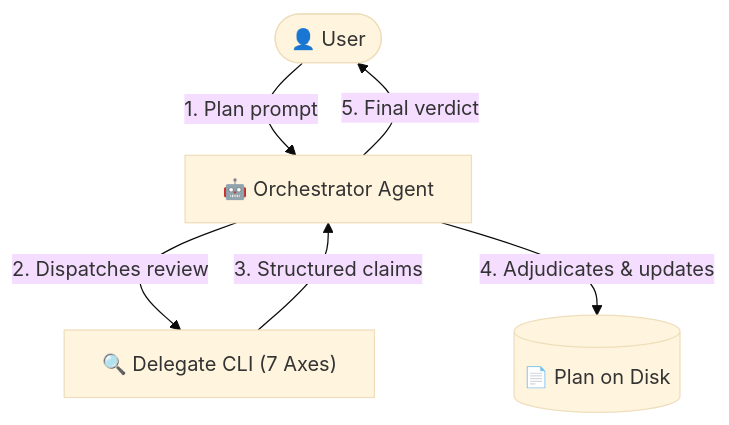
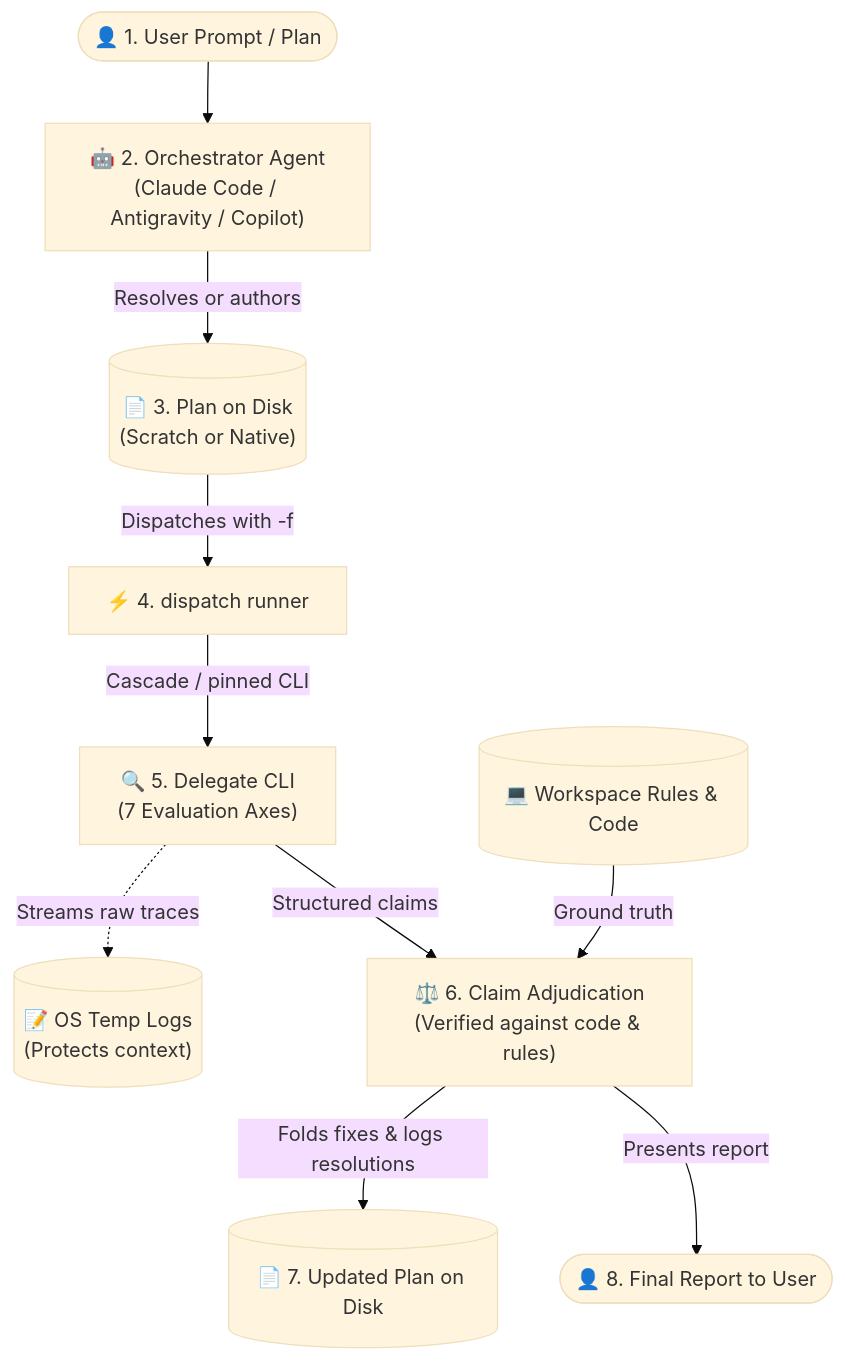
The diagram in skills/dispatch-plan-review/README.md (Gyunikuchan/dispatch-skills), drawn with Mermaid (base theme) before and after one commit. The commit also changed other lines of this file, not shown here.

Commit message:
docs(dispatch-plan-review): rewrite README for human consumption and alignment with dispatch manual

````diff
--- a/skills/dispatch-plan-review/README.md
+++ b/skills/dispatch-plan-review/README.md
@@ -16,8 +16,16 @@
 ```mermaid
 flowchart TD
-    User(["👤 User"]) -->|"1. Plan prompt"| Orchestrator["🤖 Orchestrator Agent"]
-    Orchestrator -->|"2. Dispatches review"| Delegate["🔍 Delegate CLI (7 Axes)"]
-    Delegate -->|"3. Structured claims"| Orchestrator
-    Orchestrator -->|"4. Adjudicates & updates"| Plan[("📄 Plan on Disk")]
-    Orchestrator -->|"5. Final verdict"| User
+    Prompt(["👤 1. User Prompt / Plan"]) --> Orchestrator["🤖 2. Orchestrator Agent<br/>(Claude Code / Antigravity / Copilot)"]
+    
+    Orchestrator -->|"Resolves or authors"| Plan[("📄 3. Plan on Disk<br/>(Scratch or Native)")]
+    Plan -->|"Dispatches with -f"| Dispatch["⚡ 4. dispatch runner"]
+    
+    Dispatch -->|"Cascade / pinned CLI"| Delegate["🔍 5. Delegate CLI<br/>(7 Evaluation Axes)"]
+    Delegate -.->|"Streams raw traces"| Logs[("📝 OS Temp Logs<br/>(Protects context)")]
+    
+    Delegate -->|"Structured claims"| Adjudicate["⚖️ 6. Claim Adjudication<br/>(Verified against code & rules)"]
+    Codebase[("💻 Workspace Rules & Code")] -->|"Ground truth"| Adjudicate
+    
+    Adjudicate -->|"Folds fixes & logs resolutions"| UpdatedPlan[("📄 7. Updated Plan on Disk")]
+    Adjudicate -->|"Presents report"| Report(["👤 8. Final Report to User"])
 ```
````
